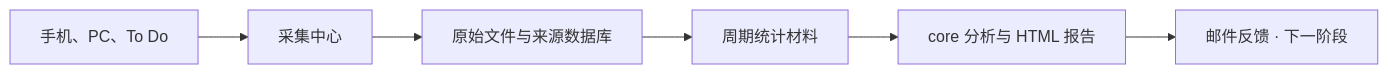
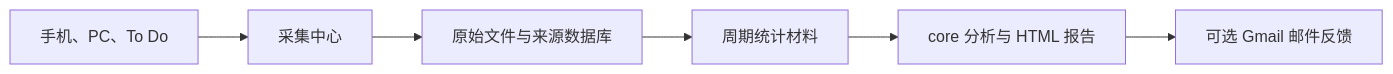
One commit to LinHsuancheng/Self-Harness changed the diagram in README.md. Above: the diagram before and after it, drawn with Mermaid. The commit also changed other lines of this file and 22 other files, not shown here.

````diff
--- a/README.md
+++ b/README.md
@@ -23,8 +23,8 @@
 ```mermaid
 flowchart LR
     A[手机、PC、To Do] --> B[采集中心]
     B --> C[原始文件与来源数据库]
     C --> D[周期统计材料]
     D --> E[core 分析与 HTML 报告]
-    E --> F[邮件反馈 · 下一阶段]
+    E --> F[可选 Gmail 邮件反馈]
 ```
````
